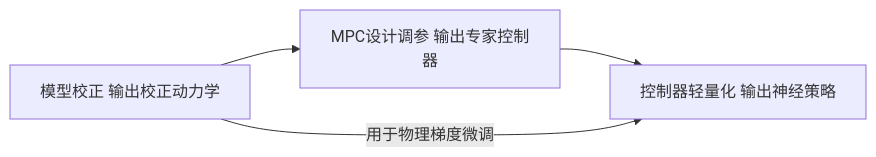
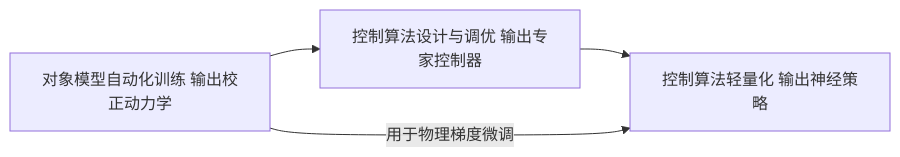
The diagram in docs/user-guide-zh.md (Deng50/control-agent-harness), drawn with Mermaid before and after one commit. The commit also changed other lines of this file and 28 other files, not shown here.

````diff
--- a/docs/user-guide-zh.md
+++ b/docs/user-guide-zh.md
@@ -38,6 +38,6 @@
 ```mermaid
 flowchart LR
-    A[模型校正 输出校正动力学] --> B[MPC设计调参 输出专家控制器]
-    B --> C[控制器轻量化 输出神经策略]
+    A[对象模型自动化训练 输出校正动力学] --> B[控制算法设计与调优 输出专家控制器]
+    B --> C[控制算法轻量化 输出神经策略]
     A -->|用于物理梯度微调| C
 ```
````
